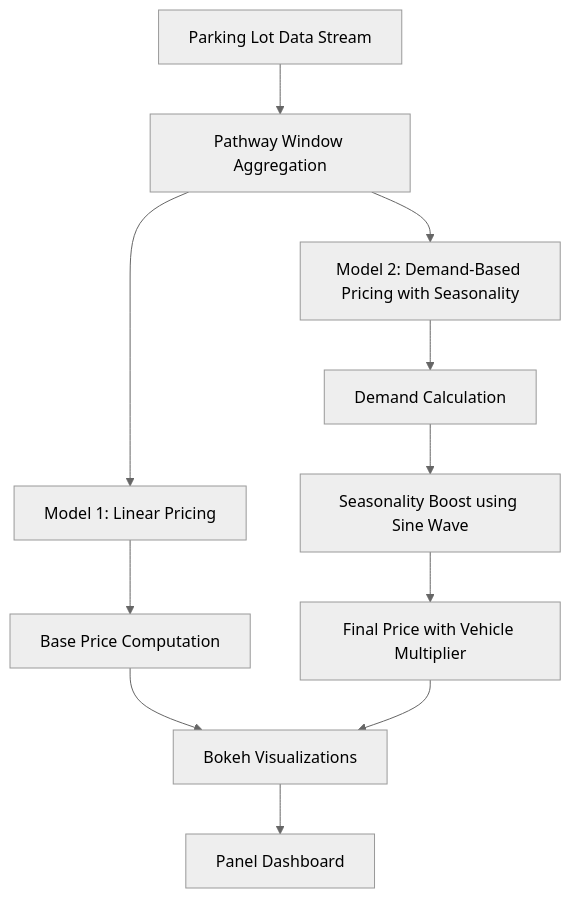
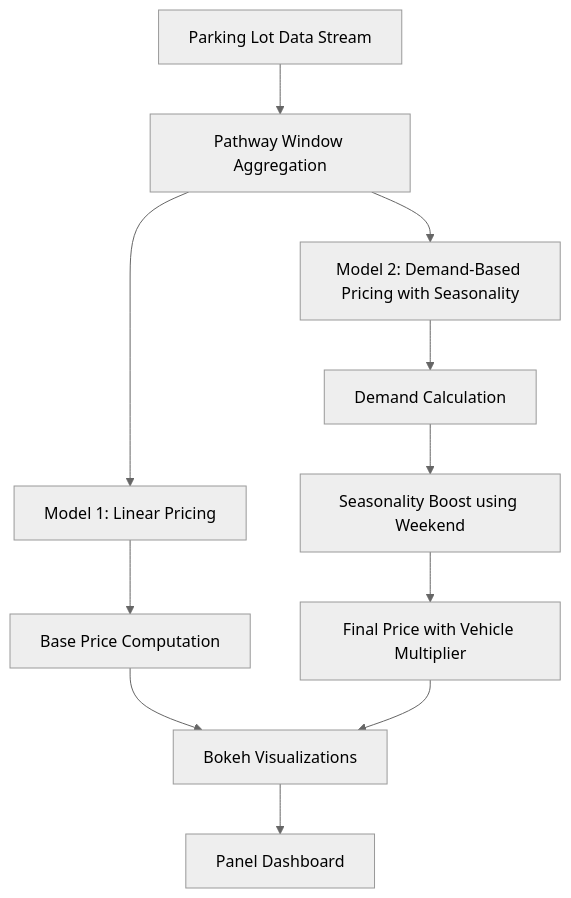
One commit to varssha22/Capstone_Summer_Analytics changed the second of 2 diagrams in README.md. Above: the diagram before and after it, drawn with Mermaid (neutral theme). The commit also changed other lines of this file, not shown here.

````diff
--- a/README.md
+++ b/README.md
@@ -88,15 +89,15 @@
 ```mermaid
 graph TD
     A[Parking Lot Data Stream] --> B[Pathway Window Aggregation]
     B --> C[Model 1: Linear Pricing]
     B --> D[Model 2: Demand-Based Pricing with Seasonality]
 
     C --> E[Base Price Computation]
     D --> F[Demand Calculation]
-    F --> G[Seasonality Boost using Sine Wave]
+    F --> G[Seasonality Boost using Weekend]
     G --> H[Final Price with Vehicle Multiplier]
 
     E --> I[Bokeh Visualizations]
     H --> I[Bokeh Visualizations]
     I --> J[Panel Dashboard]
 ```
````
